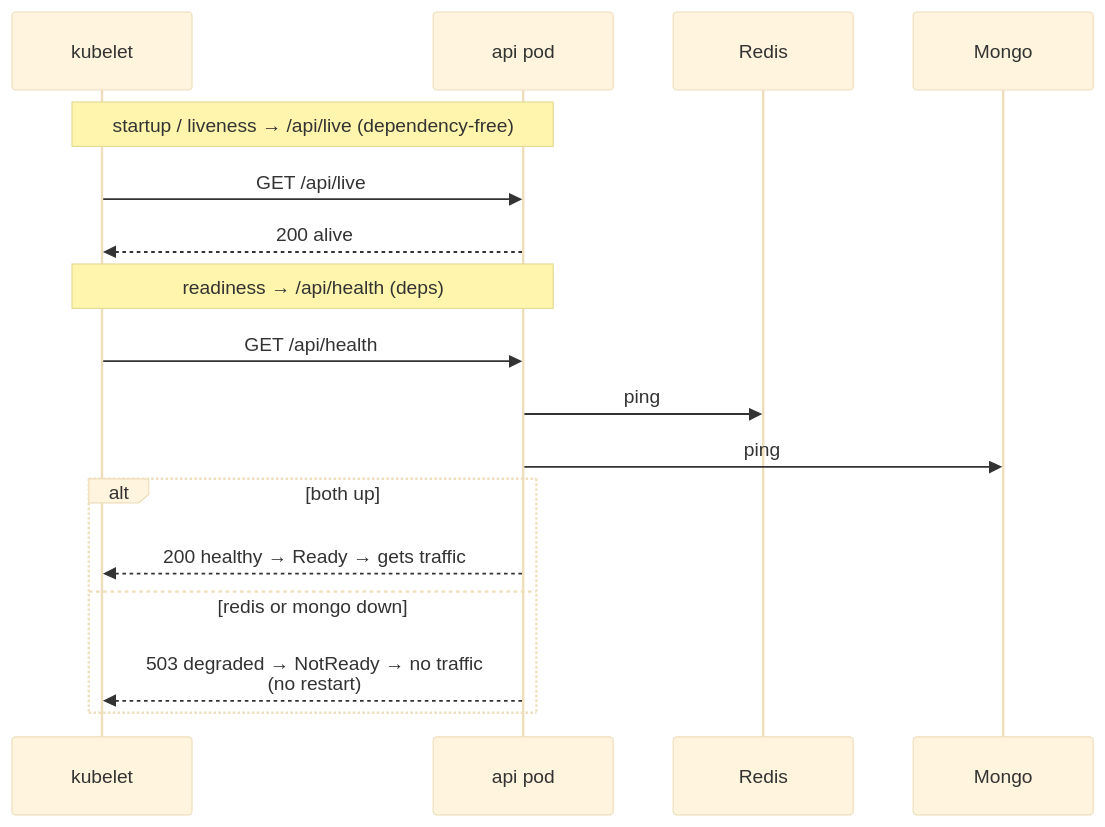
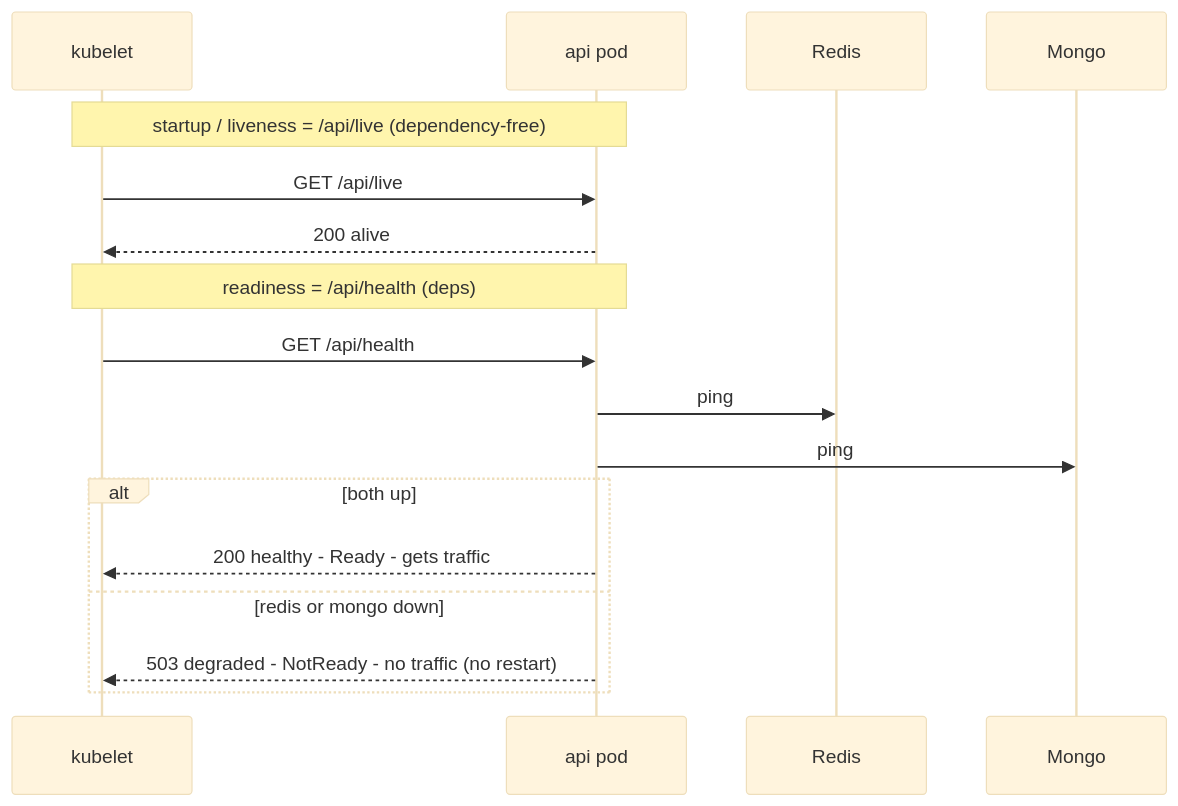
One commit to eqan/Scalable-Fleet-Dispatcher changed the fourth of 12 diagrams in README.md. Above: the diagram before and after it, drawn with Mermaid (base theme). The commit also changed other lines of this file, not shown here.

````diff
--- a/README.md
+++ b/README.md
@@ -393,21 +393,21 @@
 ```mermaid
 sequenceDiagram
   participant K as kubelet
   participant A as api pod
   participant R as Redis
   participant M as Mongo
 
-  Note over K,A: startup / liveness → /api/live (dependency-free)
+  Note over K,A: startup / liveness = /api/live (dependency-free)
   K->>A: GET /api/live
   A-->>K: 200 alive
 
-  Note over K,A: readiness → /api/health (deps)
+  Note over K,A: readiness = /api/health (deps)
   K->>A: GET /api/health
   A->>R: ping
   A->>M: ping
   alt both up
-    A-->>K: 200 healthy → Ready → gets traffic
+    A-->>K: 200 healthy - Ready - gets traffic
   else redis or mongo down
-    A-->>K: 503 degraded → NotReady → no traffic<br/>(no restart)
+    A-->>K: 503 degraded - NotReady - no traffic (no restart)
   end
 ```
````
